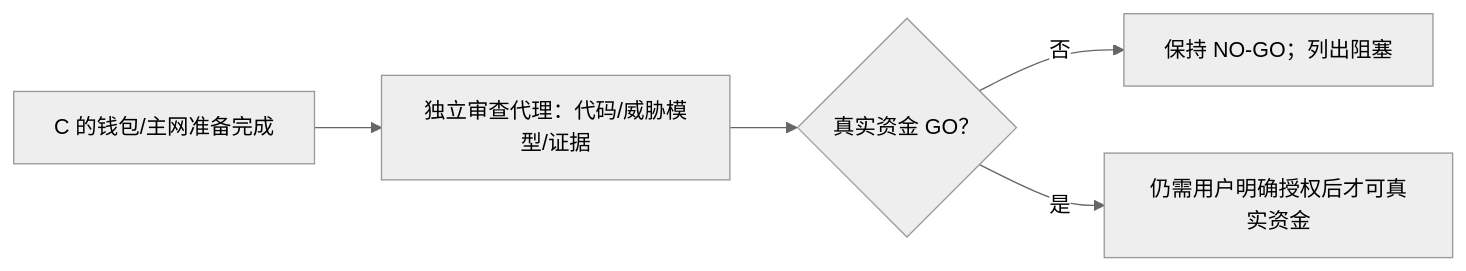
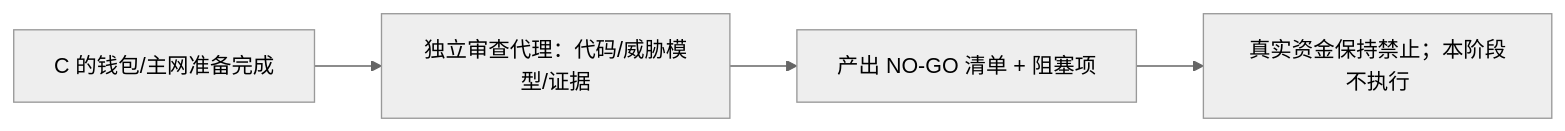
Before and after one commit to faithleysath/magpie-oh-my-aihub: the sixth of 7 diagrams in docs/phase10/FLOWS.md, drawn with Mermaid (neutral theme). The commit also changed other lines of this file and 2 other files, not shown here.

````diff
--- a/docs/phase10/FLOWS.md
+++ b/docs/phase10/FLOWS.md
@@ -220,7 +235,6 @@
 ```mermaid
 flowchart LR
   D1["C 的钱包/主网准备完成"] --> D2["独立审查代理：代码/威胁模型/证据"]
-  D2 --> D3{"真实资金 GO？"}
-  D3 -->|否| D4["保持 NO-GO；列出阻塞"]
-  D3 -->|是| D5["仍需用户明确授权后才可真实资金"]
+  D2 --> D3["产出 NO-GO 清单 + 阻塞项"]
+  D3 --> D4["真实资金保持禁止；本阶段不执行"]
 ```
````
